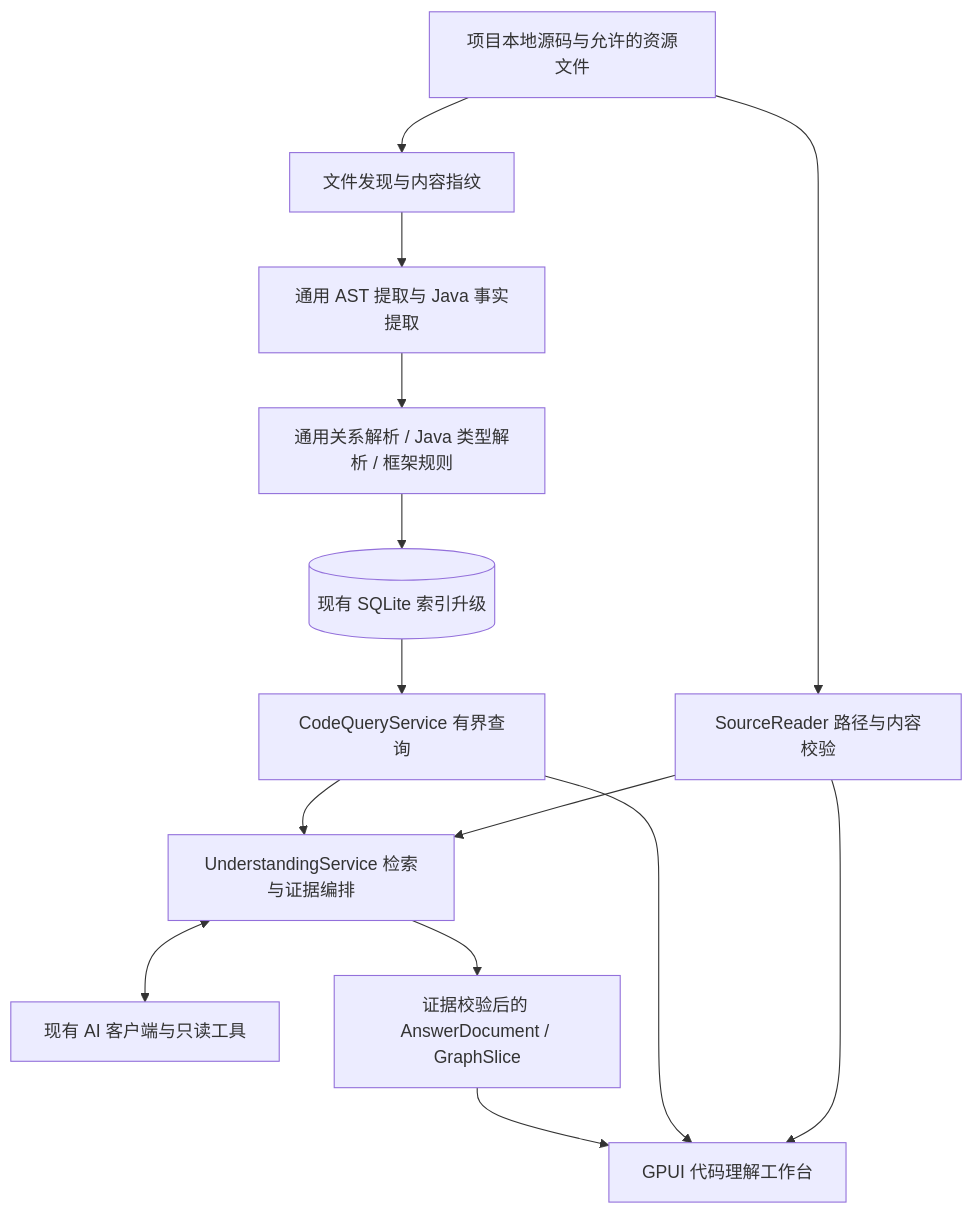
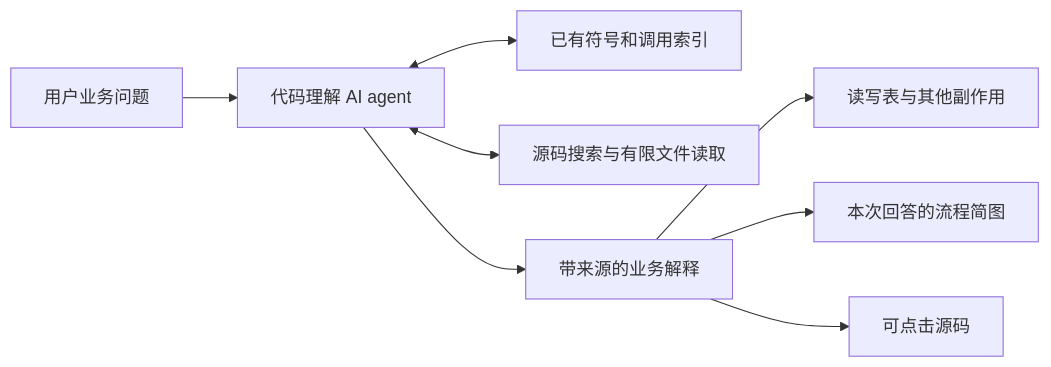
Before and after one commit to Neglecton/khaslana: the diagram in docs/code-understanding/design.md, drawn with Mermaid. The commit also changed other lines of this file and 139 other files, not shown here.

````diff
--- a/docs/code-understanding/design.md
+++ b/docs/code-understanding/design.md
@@ -48,16 +9,10 @@
 ```mermaid
-flowchart TB
-    FS[项目本地源码与允许的资源文件] --> D[文件发现与内容指纹]
-    D --> E[通用 AST 提取与 Java 事实提取]
-    E --> R[通用关系解析 / Java 类型解析 / 框架规则]
-    R --> S[(现有 SQLite 索引升级)]
-    S --> Q[CodeQueryService 有界查询]
-    FS --> G[SourceReader 路径与内容校验]
-    Q --> U[UnderstandingService 检索与证据编排]
-    G --> U
-    U <--> A[现有 AI 客户端与只读工具]
-    U --> V[证据校验后的 AnswerDocument / GraphSlice]
-    V --> UI[GPUI 代码理解工作台]
-    Q --> UI
-    G --> UI
+flowchart LR
+    Q[用户业务问题] --> A[代码理解 AI agent]
+    A <--> I[已有符号和调用索引]
+    A <--> R[源码搜索与有限文件读取]
+    A --> E[带来源的业务解释]
+    E --> T[读写表与其他副作用]
+    E --> G[本次回答的流程简图]
+    E --> S[可点击源码]
 ```
````
